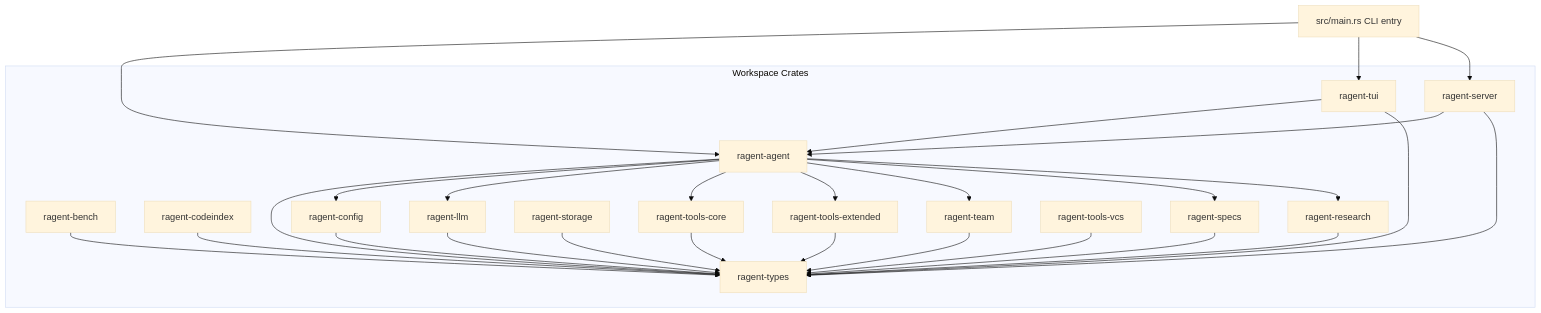
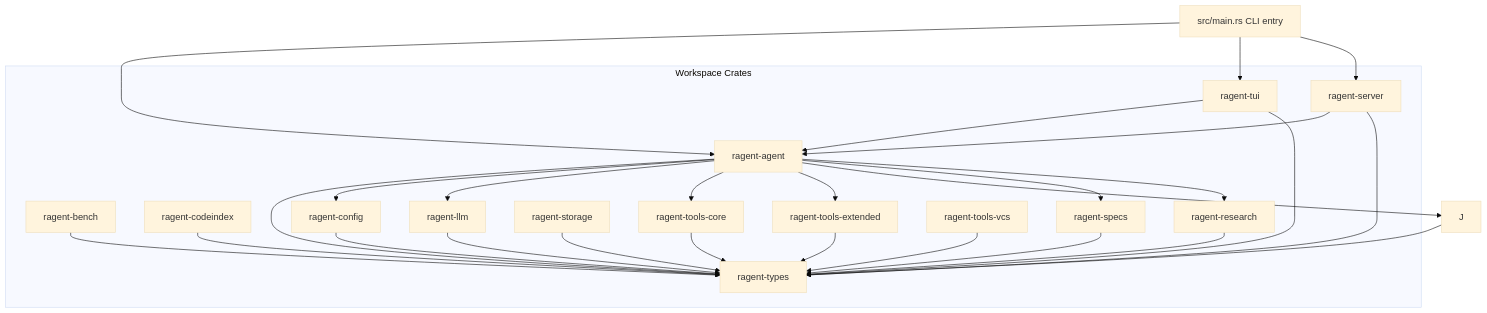
Before and after one commit to thawkins/ragent: the second of 20 diagrams in SPEC.md, drawn with Mermaid (base theme). The commit also changed other lines of this file and 955 other files, not shown here.

````diff
--- a/SPEC.md
+++ b/SPEC.md
@@ -430,48 +430,47 @@
 ```mermaid
 graph TB
     subgraph "Workspace Crates"
         A[ragent-agent]
         B[ragent-bench]
         C[ragent-codeindex]
         D[ragent-config]
         E[ragent-llm]
         G[ragent-server]
         H[ragent-specs]
         I[ragent-storage]
-        J[ragent-team]
         K[ragent-tools-core]
         L[ragent-tools-extended]
         M[ragent-tools-vcs]
         N[ragent-tui]
         O[ragent-types]
         P[ragent-research]
     end
 
     Q[src/main.rs CLI entry]
     Q --> A
     Q --> N
     Q --> G
     A --> O
     A --> D
     A --> E
     A --> K
     A --> L
     A --> J
     A --> H
     A --> P
     N --> A
     N --> O
     G --> A
     G --> O
     J --> O
     K --> O
     L --> O
     M --> O
     C --> O
     I --> O
     E --> O
     D --> O
     B --> O
     H --> O
     P --> O
 ```
````
